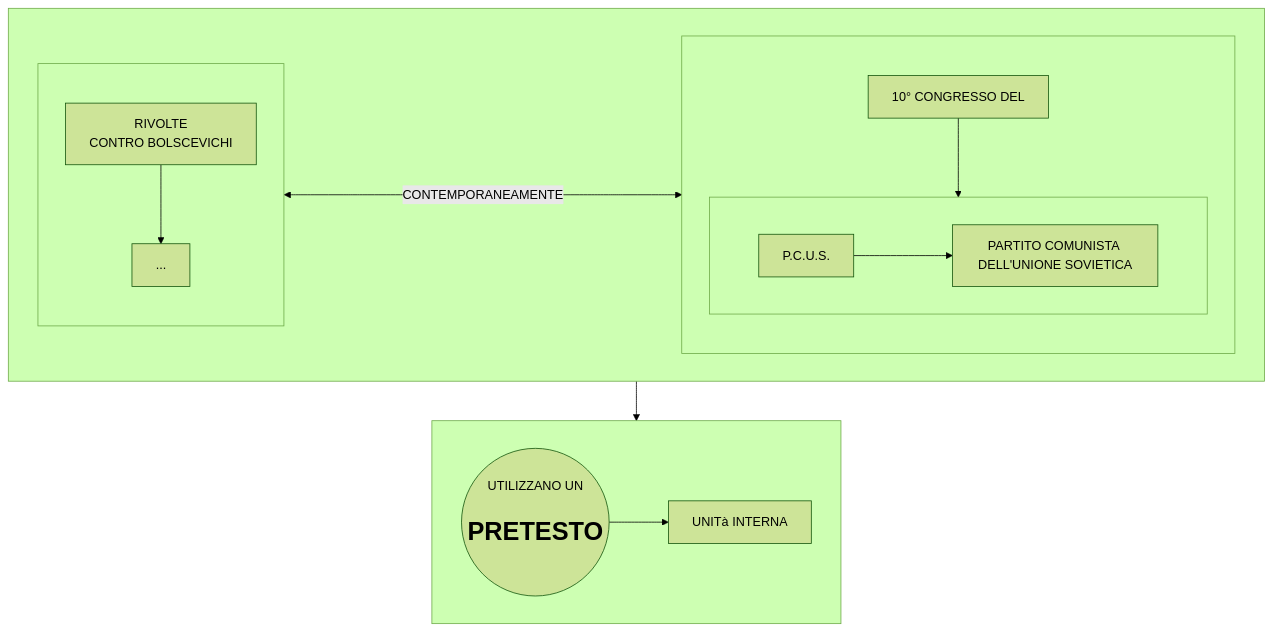
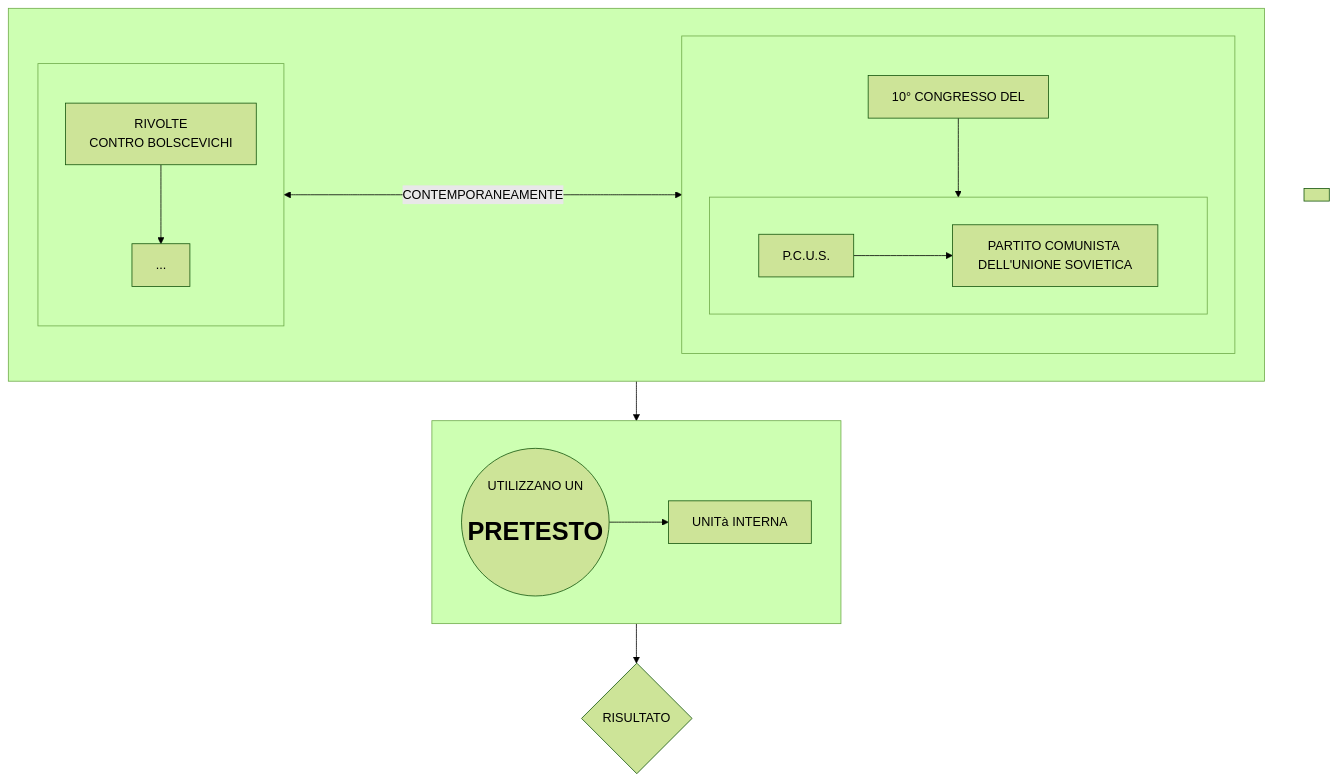
The diagram in prova.md (Laaouatni/ricerca-storia-MermaidJS), drawn with Mermaid (forest theme) before and after one commit.

````diff
--- a/prova.md
+++ b/prova.md
@@ -1,28 +1,33 @@
 ```mermaid
 flowchart TB
   subgraph 0[" "]
     subgraph 01[" "]
       010[RIVOLTE <br> CONTRO BOLSCEVICHI]
       011[...]
       010 --> 011
     end
     subgraph 02[" "]
       direction TB
       020[10° CONGRESSO DEL]
       subgraph 023[" "]
         direction LR
         021[P.C.U.S.]
         0210[PARTITO COMUNISTA DELL'UNIONE SOVIETICA]
         021 --> 0210
       end
       020 --> 023
     end
     01 <----->|CONTEMPORANEAMENTE| 02
   end
   subgraph 2[" "]
     1((UTILIZZANO UN <br> <h1>PRETESTO</h1>))
     10[UNITà INTERNA]
   end
   0 --> 2
   1 --> 10
+  3{RISULTATO}
+  2 --> 3
+  subgraph 4[" "]
+    
+  end
 ```
````
